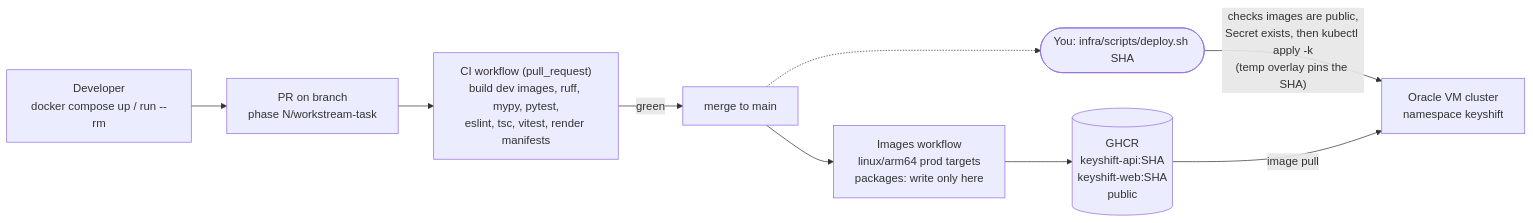
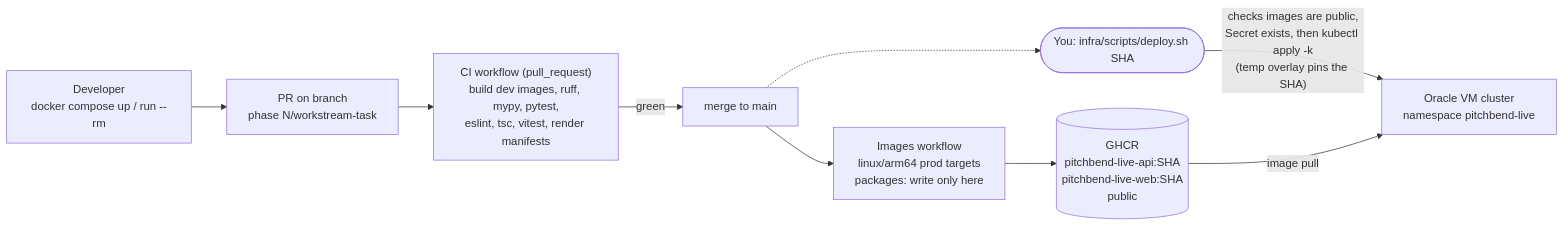
Before and after one commit to edwinargueta/PitchBend-Live: the eighth of 8 diagrams in docs/architecture-diagram.md, drawn with Mermaid. The commit also changed other lines of this file and 113 other files, not shown here.

````diff
--- a/docs/architecture-diagram.md
+++ b/docs/architecture-diagram.md
@@ -307,11 +307,11 @@
 ```mermaid
 flowchart LR
     dev["Developer<br/>docker compose up / run --rm"] --> pr["PR on branch<br/>phase N/workstream-task"]
     pr --> ci["CI workflow (pull_request)<br/>build dev images, ruff, mypy, pytest,<br/>eslint, tsc, vitest, render manifests"]
     ci -- "green" --> main["merge to main"]
     main --> images["Images workflow<br/>linux/arm64 prod targets<br/>packages: write only here"]
-    images --> ghcr[("GHCR<br/>keyshift-api:SHA<br/>keyshift-web:SHA<br/>public")]
+    images --> ghcr[("GHCR<br/>pitchbend-live-api:SHA<br/>pitchbend-live-web:SHA<br/>public")]
     main -.-> human(["You: infra/scripts/deploy.sh SHA"])
-    human -- "checks images are public,<br/>Secret exists, then kubectl apply -k<br/>(temp overlay pins the SHA)" --> cluster["Oracle VM cluster<br/>namespace keyshift"]
+    human -- "checks images are public,<br/>Secret exists, then kubectl apply -k<br/>(temp overlay pins the SHA)" --> cluster["Oracle VM cluster<br/>namespace pitchbend-live"]
     ghcr -- "image pull" --> cluster
 ```
````
